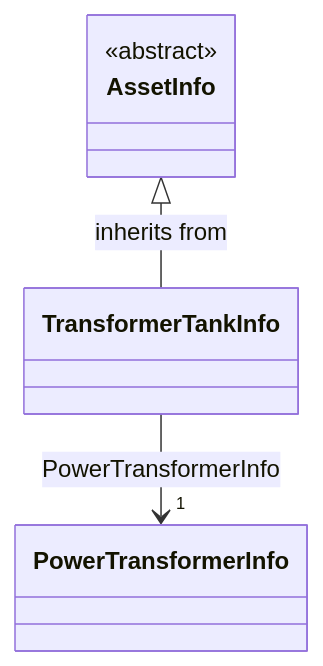
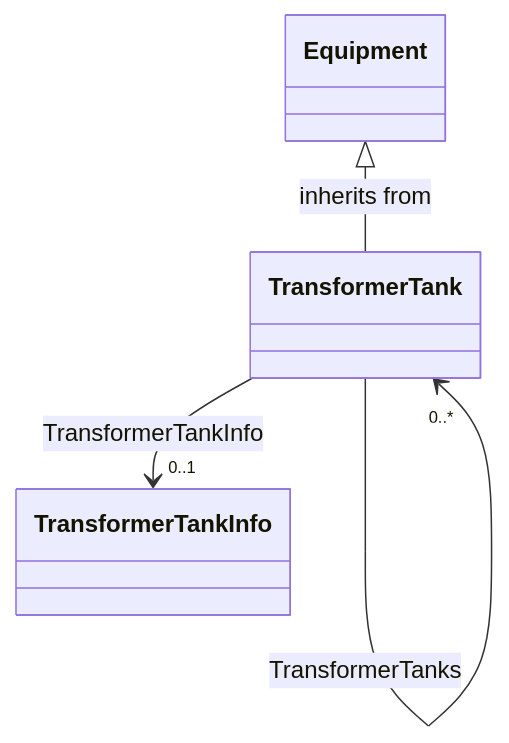
One commit to PNNL-CIM-Tools/CIM-Graph changed the seventh of 15 diagrams in cimgraph/data_profile/cim18gmdm/asset/Asset.rdfs-t2b.md. Above: the diagram before and after it, drawn with Mermaid. The commit also changed other lines of this file and 4 other files, not shown here.

````diff
--- a/cimgraph/data_profile/cim18gmdm/asset/Asset.rdfs-t2b.md
+++ b/cimgraph/data_profile/cim18gmdm/asset/Asset.rdfs-t2b.md
@@ -375,17 +517,8 @@
 ```mermaid
 classDiagram
-direction TB
-
-class TransformerTankInfo {
+class TransformerTank{
 }
-
-class AssetInfo {
-<<abstract>>
-}
-
-AssetInfo <|-- TransformerTankInfo : inherits from
-class PowerTransformerInfo {
-}
-
-TransformerTankInfo --> "1" PowerTransformerInfo : PowerTransformerInfo
+Equipment <|-- TransformerTank : inherits from
+TransformerTank --> "0..1" TransformerTankInfo : TransformerTankInfo
+TransformerTank --> "0..*" TransformerTank : TransformerTanks
 ```
````
